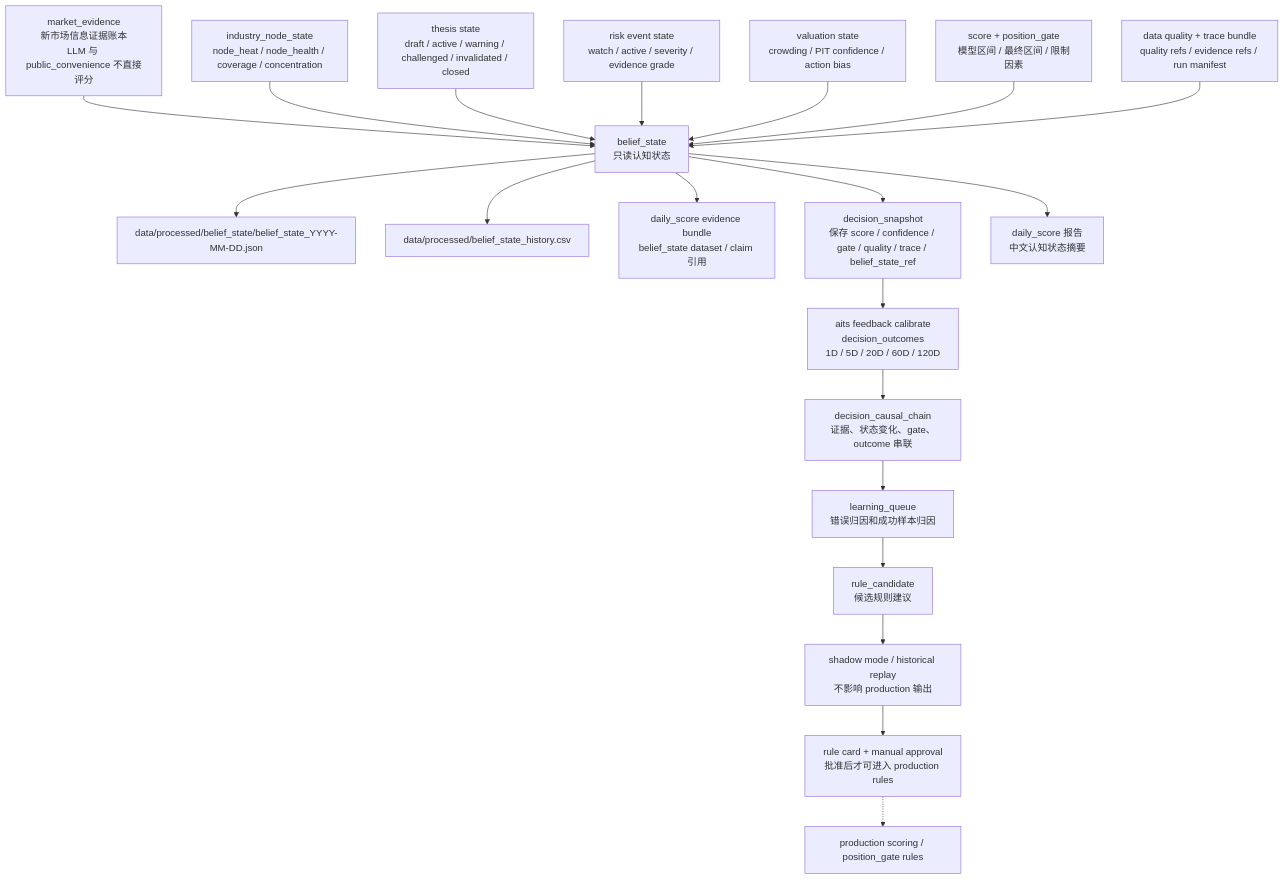
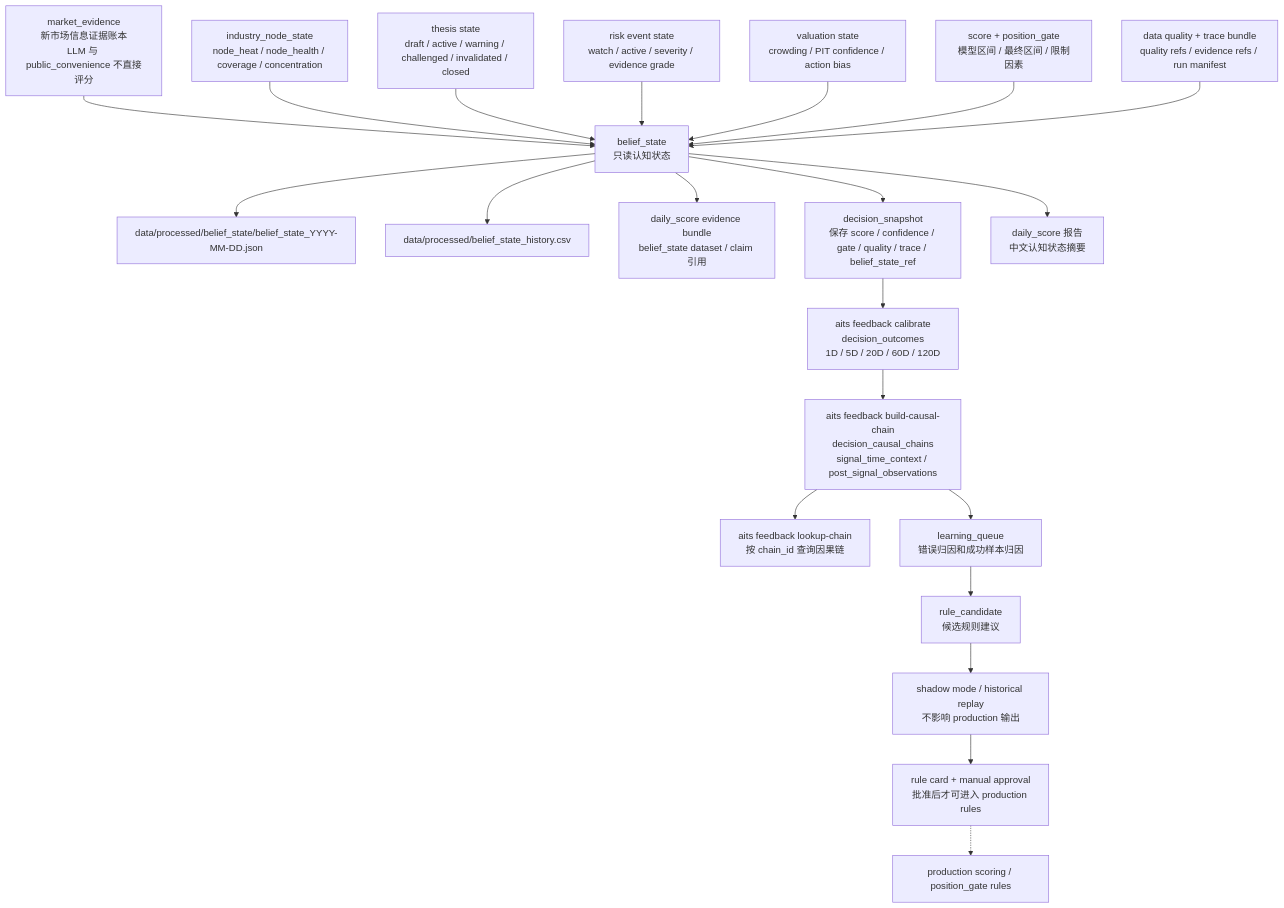
Before and after one commit to AI-Trading-Collaboration/AITradingSystem: the fifth of 6 diagrams in docs/system_flow.md, drawn with Mermaid. The commit also changed other lines of this file and 7 other files, not shown here.

Commit message:
Implement causal chains and data source health

````diff
--- a/docs/system_flow.md
+++ b/docs/system_flow.md
@@ -524,25 +538,26 @@
 ```mermaid
 flowchart TD
     E0["market_evidence<br/>新市场信息证据账本<br/>LLM 与 public_convenience 不直接评分"] --> B0["belief_state<br/>只读认知状态"]
     C0["industry_node_state<br/>node_heat / node_health / coverage / concentration"] --> B0
     T0["thesis state<br/>draft / active / warning / challenged / invalidated / closed"] --> B0
     R0["risk event state<br/>watch / active / severity / evidence grade"] --> B0
     V0["valuation state<br/>crowding / PIT confidence / action bias"] --> B0
     S0["score + position_gate<br/>模型区间 / 最终区间 / 限制因素"] --> B0
     Q0["data quality + trace bundle<br/>quality refs / evidence refs / run manifest"] --> B0
 
     B0 --> B1["data/processed/belief_state/belief_state_YYYY-MM-DD.json"]
     B0 --> B2["data/processed/belief_state_history.csv"]
     B0 --> B3["daily_score evidence bundle<br/>belief_state dataset / claim 引用"]
     B0 --> D0["decision_snapshot<br/>保存 score / confidence / gate / quality / trace / belief_state_ref"]
     B0 --> RPT["daily_score 报告<br/>中文认知状态摘要"]
 
     D0 --> O0["aits feedback calibrate<br/>decision_outcomes<br/>1D / 5D / 20D / 60D / 120D"]
-    O0 --> CA0["decision_causal_chain<br/>证据、状态变化、gate、outcome 串联"]
+    O0 --> CA0["aits feedback build-causal-chain<br/>decision_causal_chains<br/>signal_time_context / post_signal_observations"]
+    CA0 --> CAQ["aits feedback lookup-chain<br/>按 chain_id 查询因果链"]
     CA0 --> L0["learning_queue<br/>错误归因和成功样本归因"]
     L0 --> RC0["rule_candidate<br/>候选规则建议"]
     RC0 --> SH0["shadow mode / historical replay<br/>不影响 production 输出"]
     SH0 --> GOV0["rule card + manual approval<br/>批准后才可进入 production rules"]
 
     GOV0 -.-> PROD0["production scoring / position_gate rules"]
 ```
````
